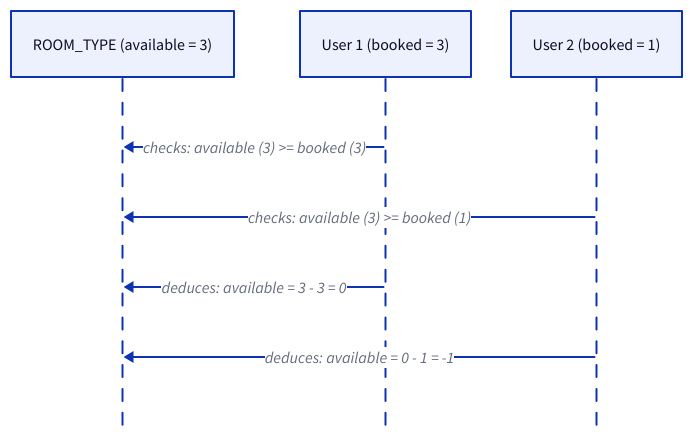
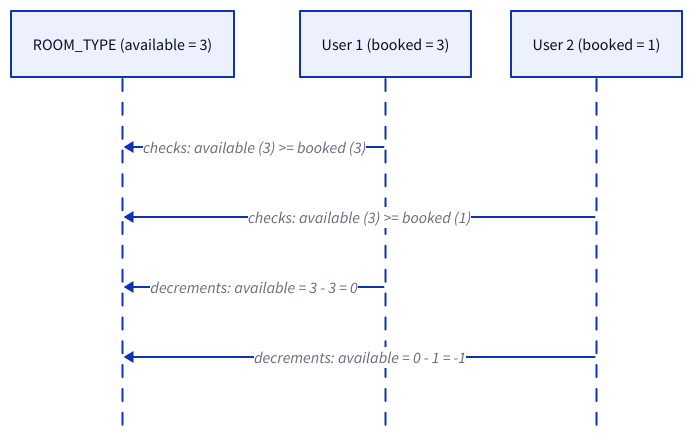
The ninth of 16 diagrams in content/practices/booking-system/_index.md (link1905/system-design-101), drawn with D2 before and after one commit. The commit also changed other lines of this file and 42 other files, not shown here.

````diff
--- a/content/practices/booking-system/_index.md
+++ b/content/practices/booking-system/_index.md
@@ -272,12 +274,12 @@
     ```d2
     shape: sequence_diagram
     r: ROOM_TYPE (available = 3)
     u1: User 1 (booked = 3)
     u2: User 2 (booked = 1)
     u1 -> r: checks: available (3) >= booked (3)
     u2 -> r: checks: available (3) >= booked (1)
-    u1 -> r: deduces: available = 3 - 3 = 0
-    u2 -> r: deduces: available = 0 - 1 = -1 {
+    u1 -> r: decrements: available = 3 - 3 = 0
+    u2 -> r: decrements: available = 0 - 1 = -1 {
       class: error-conn
     }
     ```
````
